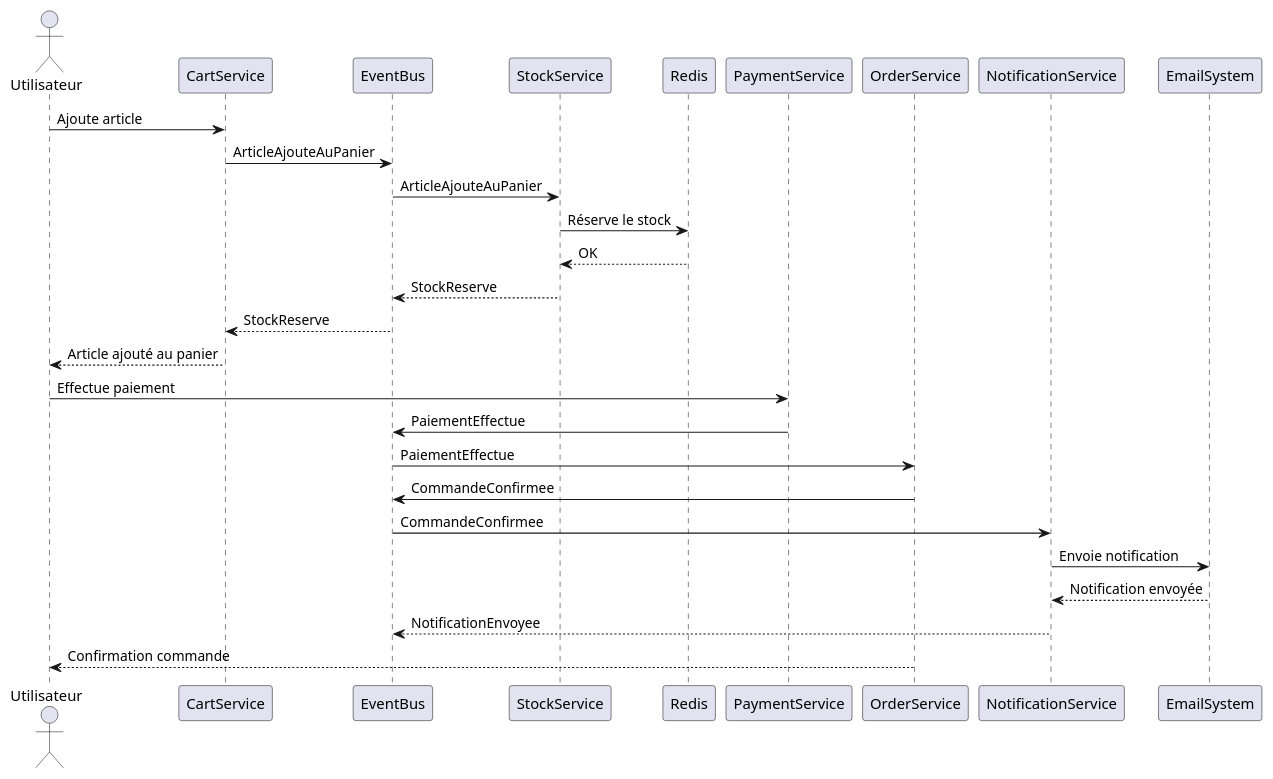
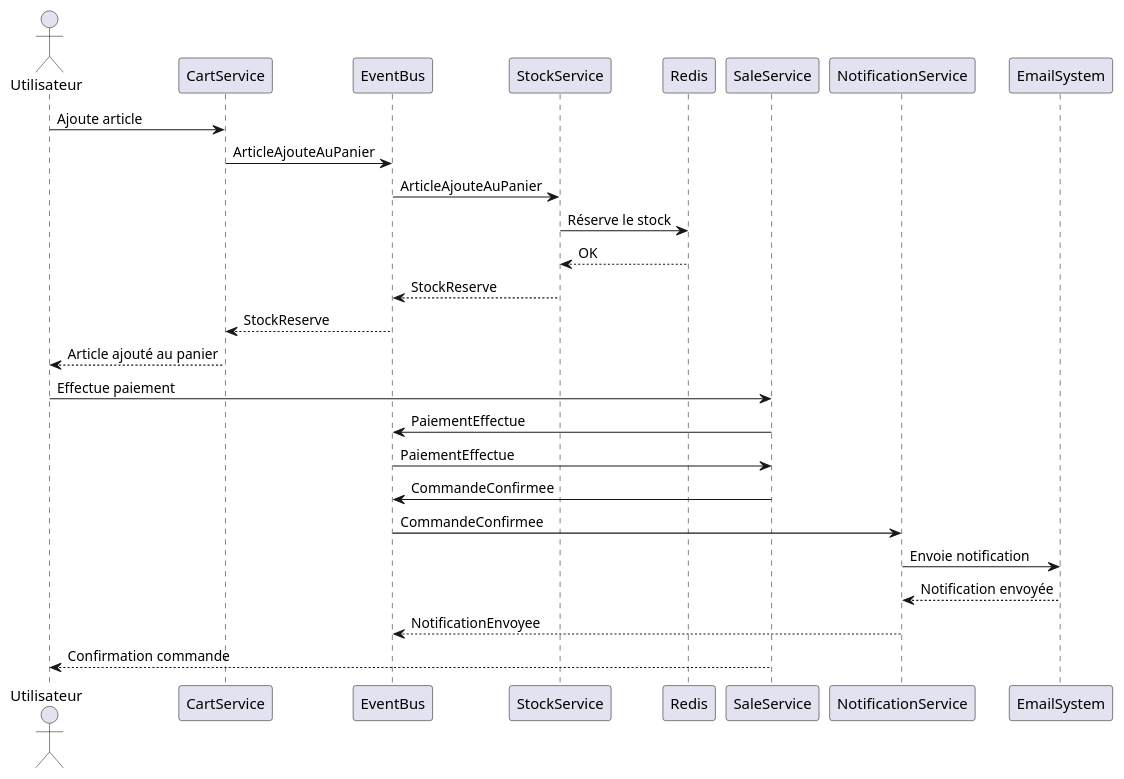
One commit to LawrenceLiang02/LOG430_ETAPE1 changed the diagram in docs/UML/lab7/seq.puml. Above: the diagram before and after it, drawn with PlantUML.

Commit message:
fix architecture

```diff
--- a/docs/UML/lab7/seq.puml
+++ b/docs/UML/lab7/seq.puml
@@ -1,23 +1,23 @@
 @startuml
 actor Utilisateur
 
 Utilisateur -> CartService : Ajoute article
 CartService -> EventBus : ArticleAjouteAuPanier
 EventBus -> StockService : ArticleAjouteAuPanier
 StockService -> Redis : Réserve le stock
 Redis --> StockService : OK
 StockService --> EventBus : StockReserve
 EventBus --> CartService : StockReserve
 CartService --> Utilisateur : Article ajouté au panier
 
-Utilisateur -> PaymentService : Effectue paiement
-PaymentService -> EventBus : PaiementEffectue
-EventBus -> OrderService : PaiementEffectue
-OrderService -> EventBus : CommandeConfirmee
+Utilisateur -> SaleService : Effectue paiement
+SaleService -> EventBus : PaiementEffectue
+EventBus -> SaleService : PaiementEffectue
+SaleService -> EventBus : CommandeConfirmee
 EventBus -> NotificationService : CommandeConfirmee
 NotificationService -> EmailSystem : Envoie notification
 EmailSystem --> NotificationService : Notification envoyée
 NotificationService --> EventBus : NotificationEnvoyee
 
-OrderService --> Utilisateur : Confirmation commande
+SaleService --> Utilisateur : Confirmation commande
 @enduml
```
